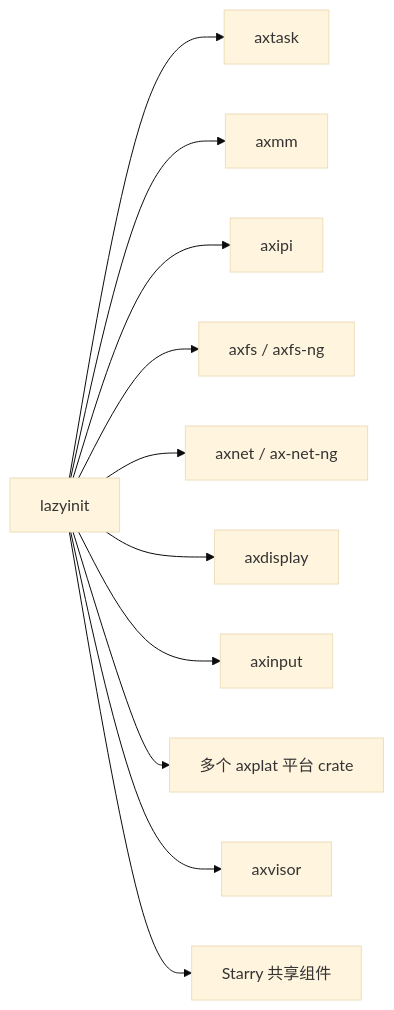
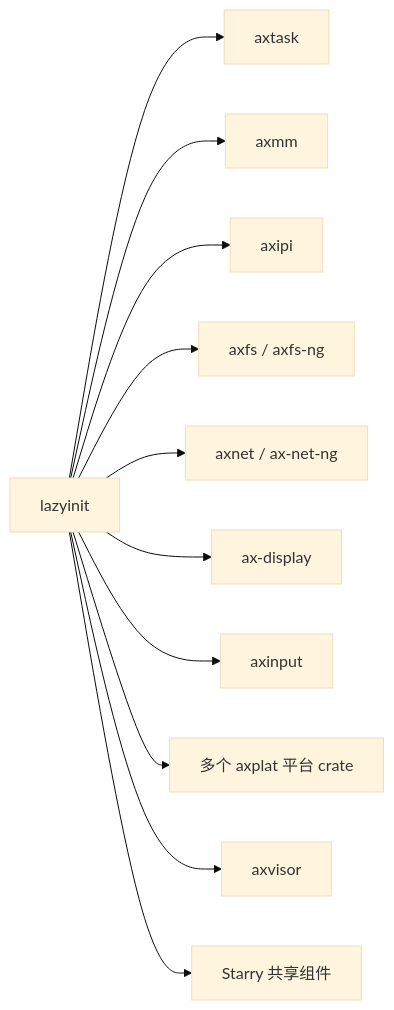
The second of 2 diagrams in docs/crates/lazyinit.md (zKurisu/tgoskits), drawn with Mermaid (base theme) before and after one commit. The commit also changed other lines of this file and 42 other files, not shown here.

Commit message:
rename axdisplay to ax-display

````diff
--- a/docs/crates/lazyinit.md
+++ b/docs/crates/lazyinit.md
@@ -72,13 +72,13 @@
 ```mermaid
 graph LR
     lazyinit["lazyinit"] --> axtask["axtask"]
     lazyinit --> axmm["axmm"]
     lazyinit --> axipi["axipi"]
     lazyinit --> axfs["axfs / axfs-ng"]
     lazyinit --> axnet["axnet / ax-net-ng"]
-    lazyinit --> axdisplay["axdisplay"]
+    lazyinit --> ax-display["ax-display"]
     lazyinit --> axinput["axinput"]
     lazyinit --> axplat["多个 axplat 平台 crate"]
     lazyinit --> axvisor["axvisor"]
     lazyinit --> starry["Starry 共享组件"]
 ```
````
